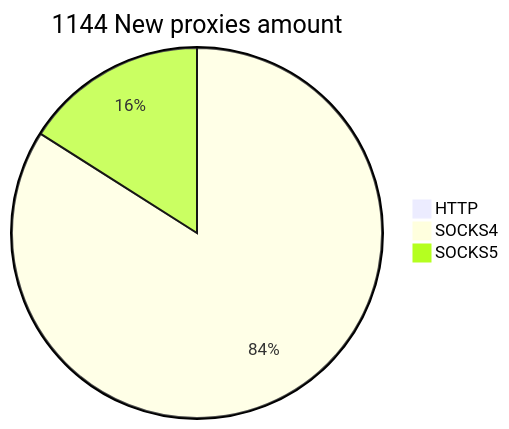
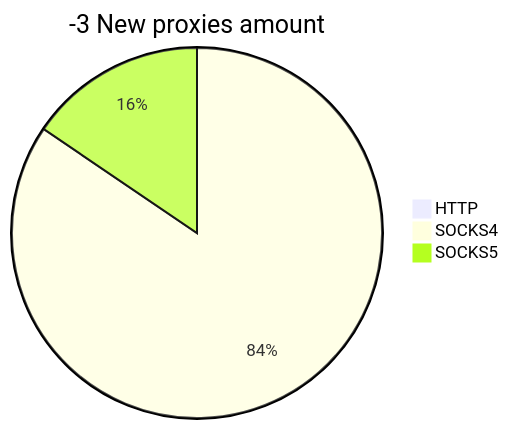
One commit to cutipu/proxylist changed the second of 2 diagrams in README.md. Above: the diagram before and after it, drawn with Mermaid. The commit also changed other lines of this file, not shown here.

````diff
--- a/README.md
+++ b/README.md
@@ -10,6 +10,6 @@
 ```mermaid
-pie title 1144 New proxies amount
+pie title -3 New proxies amount
     "HTTP" : 0
-    "SOCKS4" : 966
-    "SOCKS5" : 184
+    "SOCKS4" : 98
+    "SOCKS5" : 18
 ```
````
